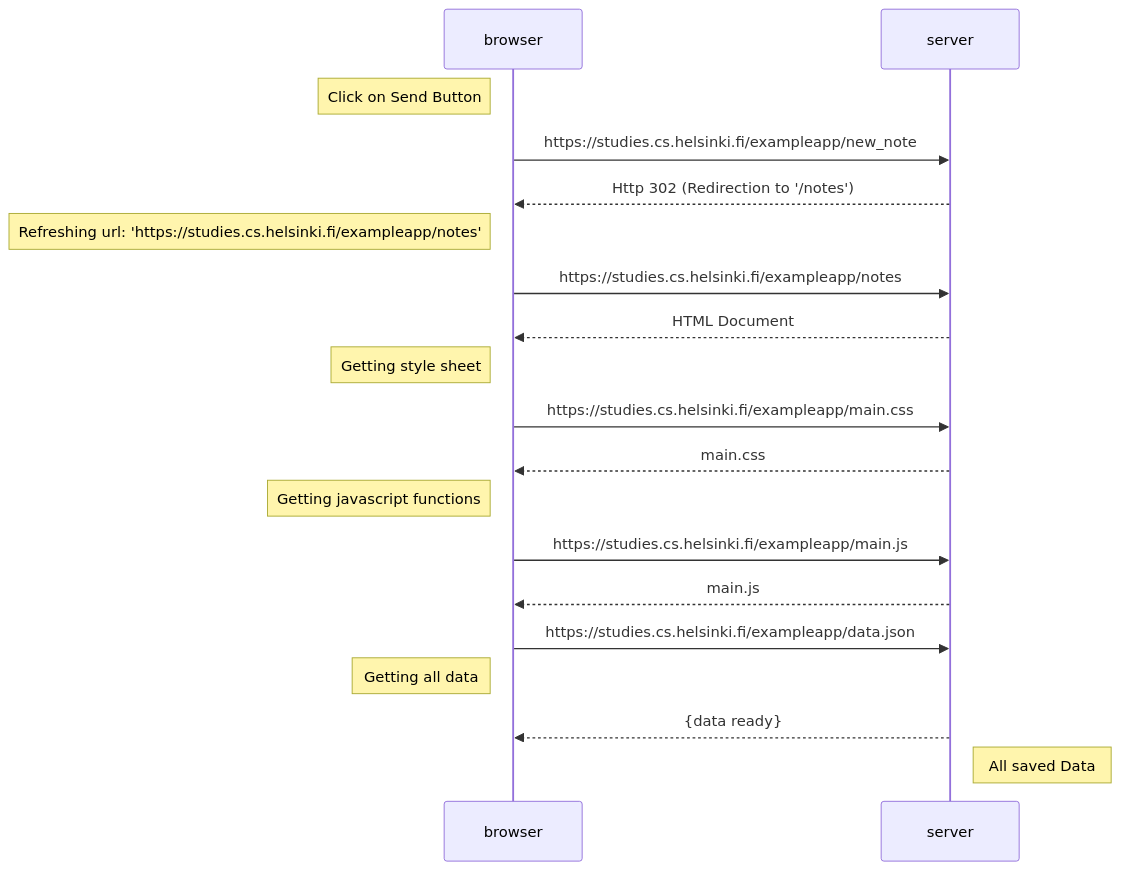
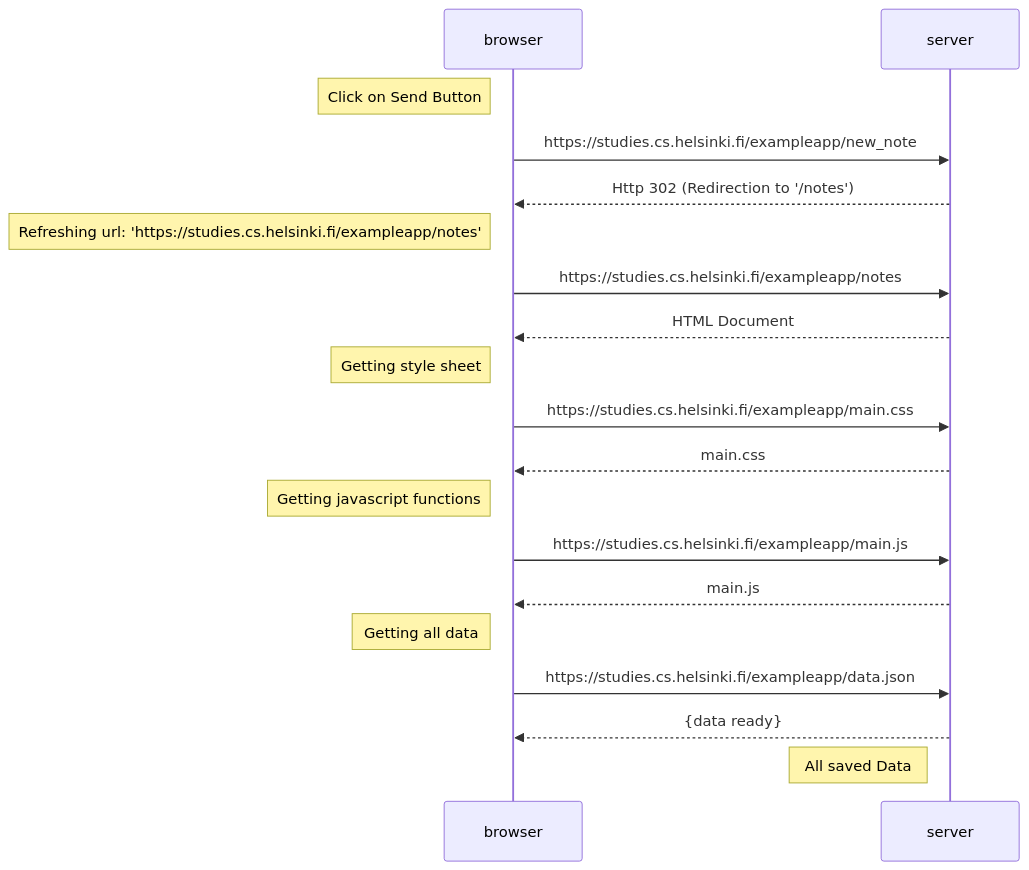
Before and after one commit to ArielCS0625/Ejercicios-0.4-0.6-: the diagram in 04.md, drawn with Mermaid.

````diff
--- a/04.md
+++ b/04.md
@@ -1,29 +1,28 @@
   ```mermaid
   sequenceDiagram
       participant browser
       participant server
 
       Note left of browser: Click on Send Button
       browser->>server: https://studies.cs.helsinki.fi/exampleapp/new_note
       server-->>browser: Http 302 (Redirection to '/notes')
 
       Note left of browser: Refreshing url: 'https://studies.cs.helsinki.fi/exampleapp/notes'
       browser->>server: https://studies.cs.helsinki.fi/exampleapp/notes
       server-->>browser: HTML Document
 
       Note left of browser: Getting style sheet
       browser->>server: https://studies.cs.helsinki.fi/exampleapp/main.css
       server-->>browser: main.css
 
       Note left of browser: Getting javascript functions
       browser->>server: https://studies.cs.helsinki.fi/exampleapp/main.js
       server-->>browser: main.js
 
-
+      Note left of browser: Getting all data
       browser->>server: https://studies.cs.helsinki.fi/exampleapp/data.json
-      Note left of browser: Getting all data
       server-->>browser: {data ready}
-      Note right of server: All saved Data
+      Note left of server: All saved Data
 
  
   ```
````
